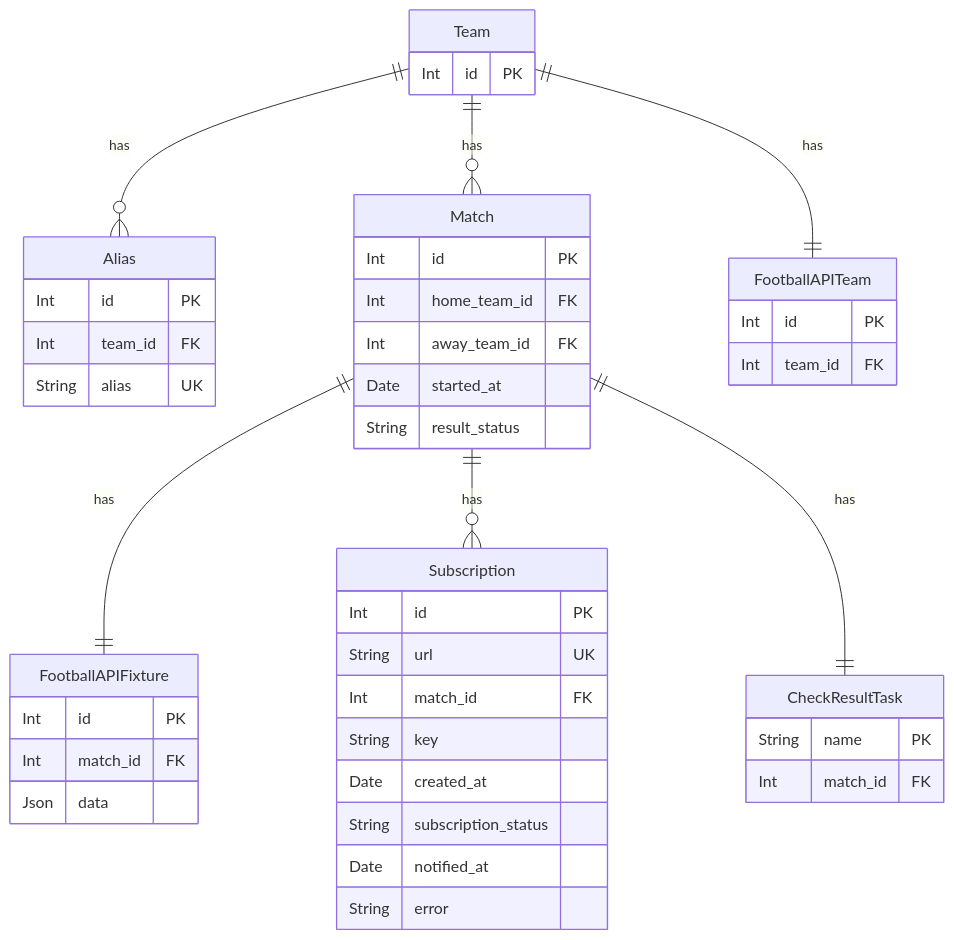
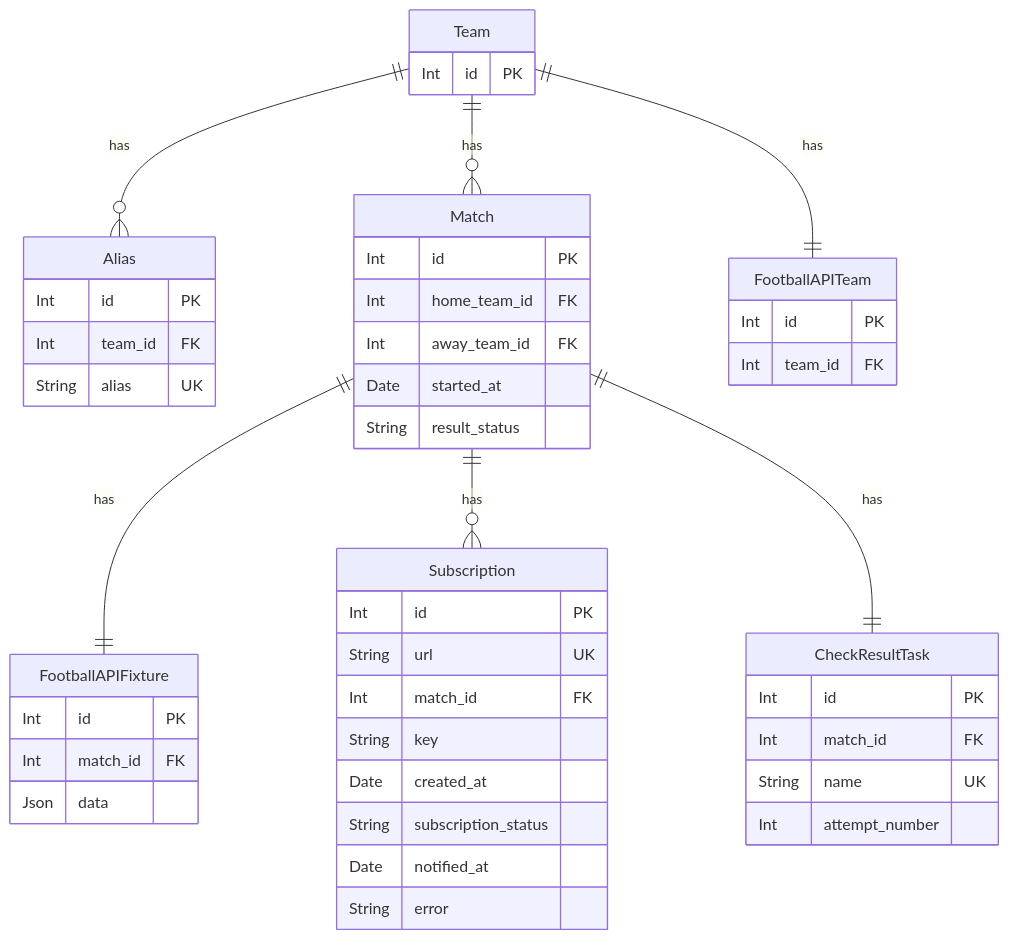
Before and after one commit to andrewshostak/result-service: the first of 7 diagrams in README.md, drawn with Mermaid. The commit also changed other lines of this file and 15 other files, not shown here.

````diff
--- a/README.md
+++ b/README.md
@@ -25,54 +25,56 @@
 ```mermaid
 erDiagram
     Team {
         Int id PK
     }
     
     Alias {
         Int id PK
         Int team_id FK
         String alias UK 
     }
     
     Match {
         Int id PK
         Int home_team_id FK
         Int away_team_id FK
         Date started_at
         String result_status
     }
     
     FootballAPIFixture {
         Int id PK
         Int match_id FK
         Json data
     }
     
     Subscription {
         Int id PK
         String url UK
         Int match_id FK
         String key
         Date created_at
         String subscription_status
         Date notified_at
         String error
     }
     
     FootballAPITeam {
         Int id PK
         Int team_id FK
     }
     
     CheckResultTask {
-        String name PK
+        Int id PK
         Int match_id FK
+        String name UK
+        Int attempt_number
     }
     
     Team ||--o{ Alias : has 
     Team ||--o{ Match : has
     Match ||--|| FootballAPIFixture : has
     Match ||--o{ Subscription : has
     Team ||--|| FootballAPITeam : has
     Match ||--|| CheckResultTask : has
 ```
````
